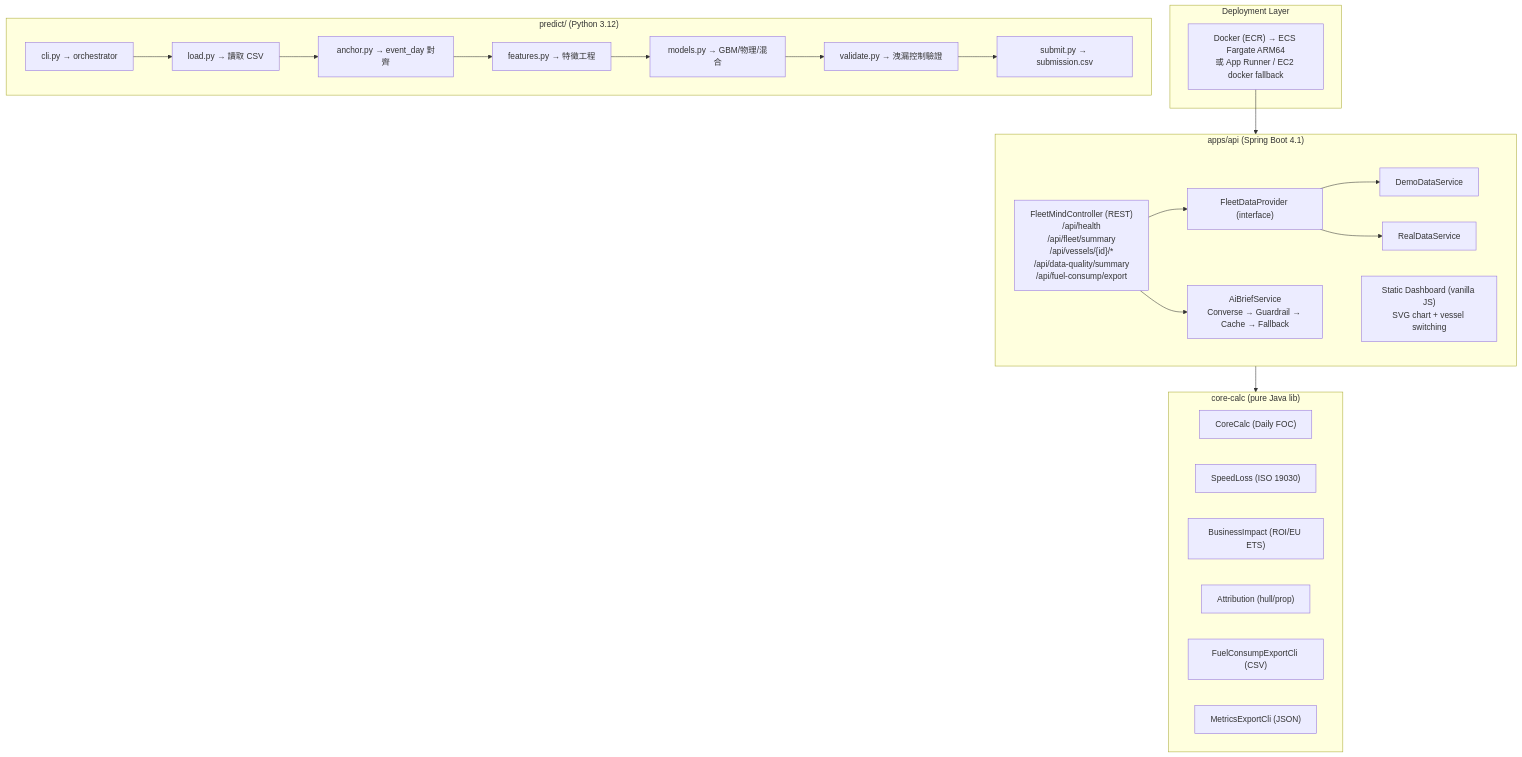
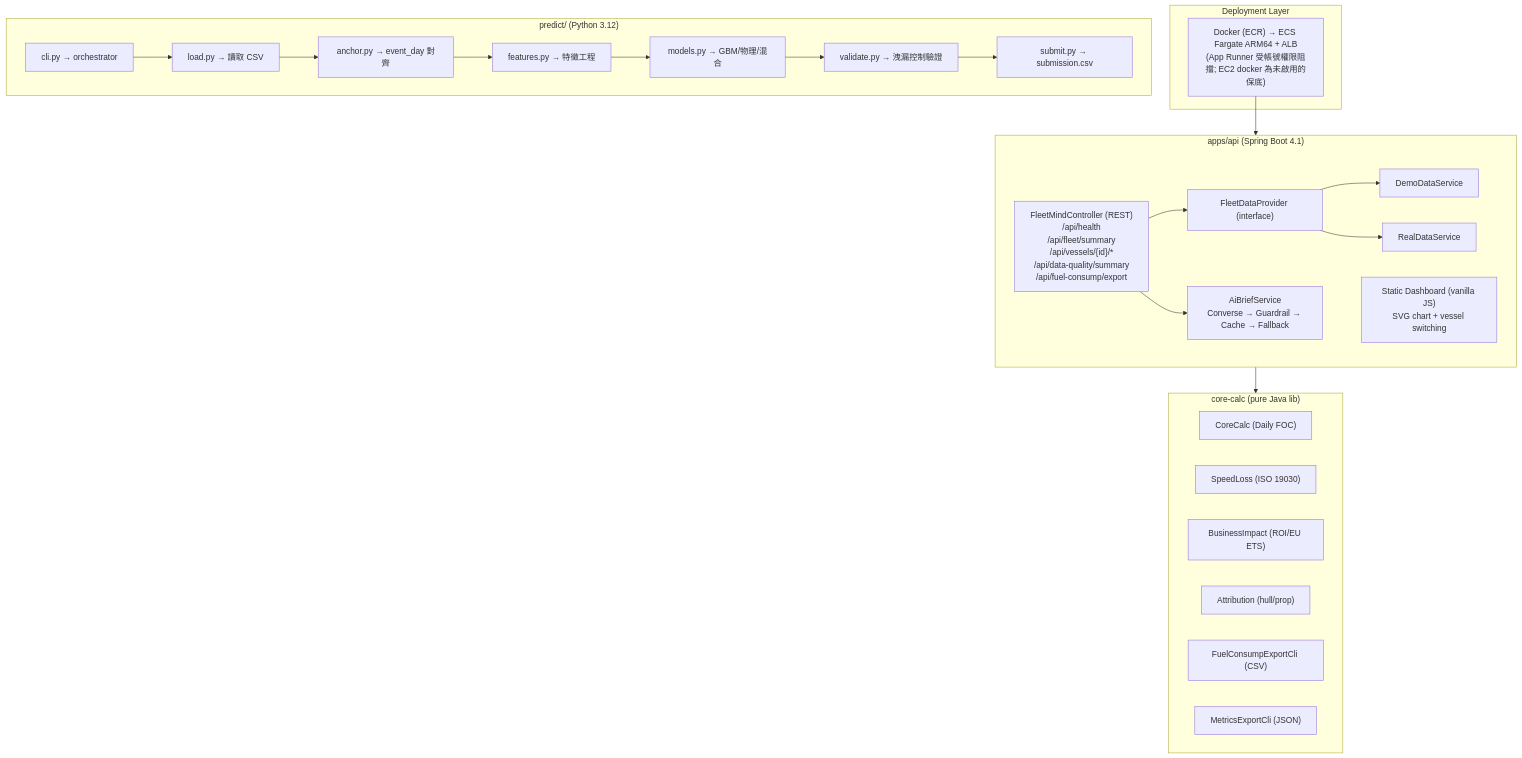
The second of 10 diagrams in ai-context/ARCHITECTURE_DIAGRAM.md (wsx5031060310guy/fleetmind-yang-ming-hackathon), drawn with Mermaid before and after one commit. The commit also changed other lines of this file, not shown here.

First line of the commit message:
docs: correct the deployment diagram to the architecture actually running

````diff
--- a/ai-context/ARCHITECTURE_DIAGRAM.md
+++ b/ai-context/ARCHITECTURE_DIAGRAM.md
@@ -36,44 +34,44 @@
 ```mermaid
 graph TD
     subgraph Deployment["Deployment Layer"]
-        Docker["Docker (ECR) → ECS Fargate ARM64<br/>或 App Runner / EC2 docker fallback"]
+        Docker["Docker (ECR) → ECS Fargate ARM64 + ALB<br/>(App Runner 受帳號權限阻擋; EC2 docker 為未啟用的保底)"]
     end
 
     subgraph API["apps/api (Spring Boot 4.1)"]
         Controller["FleetMindController (REST)<br/>/api/health<br/>/api/fleet/summary<br/>/api/vessels/{id}/*<br/>/api/data-quality/summary<br/>/api/fuel-consump/export"]
         DataProvider["FleetDataProvider (interface)"]
         Demo["DemoDataService"]
         Real["RealDataService"]
         AiBrief["AiBriefService<br/>Converse → Guardrail → Cache → Fallback"]
         Dashboard["Static Dashboard (vanilla JS)<br/>SVG chart + vessel switching"]
 
         DataProvider --> Demo
         DataProvider --> Real
         Controller --> DataProvider
         Controller --> AiBrief
     end
 
     subgraph CoreCalc["core-calc (pure Java lib)"]
         Calc["CoreCalc (Daily FOC)"]
         SpeedLoss["SpeedLoss (ISO 19030)"]
         Impact["BusinessImpact (ROI/EU ETS)"]
         Attr["Attribution (hull/prop)"]
         Export["FuelConsumpExportCli (CSV)"]
         Metrics["MetricsExportCli (JSON)"]
     end
 
     subgraph PredictPipeline["predict/ (Python 3.12)"]
         Load["load.py → 讀取 CSV"]
         Anchor["anchor.py → event_day 對齊"]
         Features["features.py → 特徵工程"]
         Models["models.py → GBM/物理/混合"]
         Validate["validate.py → 洩漏控制驗證"]
         Submit["submit.py → submission.csv"]
         CLI["cli.py → orchestrator"]
 
         CLI --> Load --> Anchor --> Features --> Models --> Validate --> Submit
     end
 
     Docker --> API
     API --> CoreCalc
 ```
````
